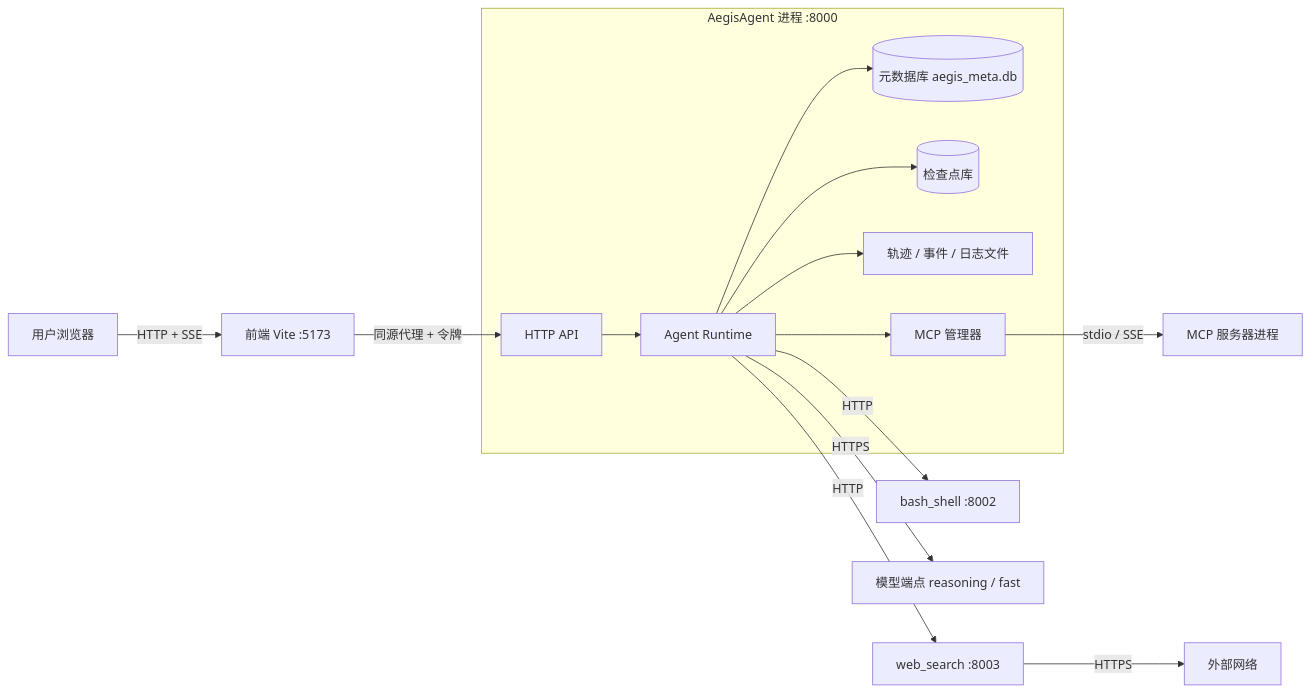
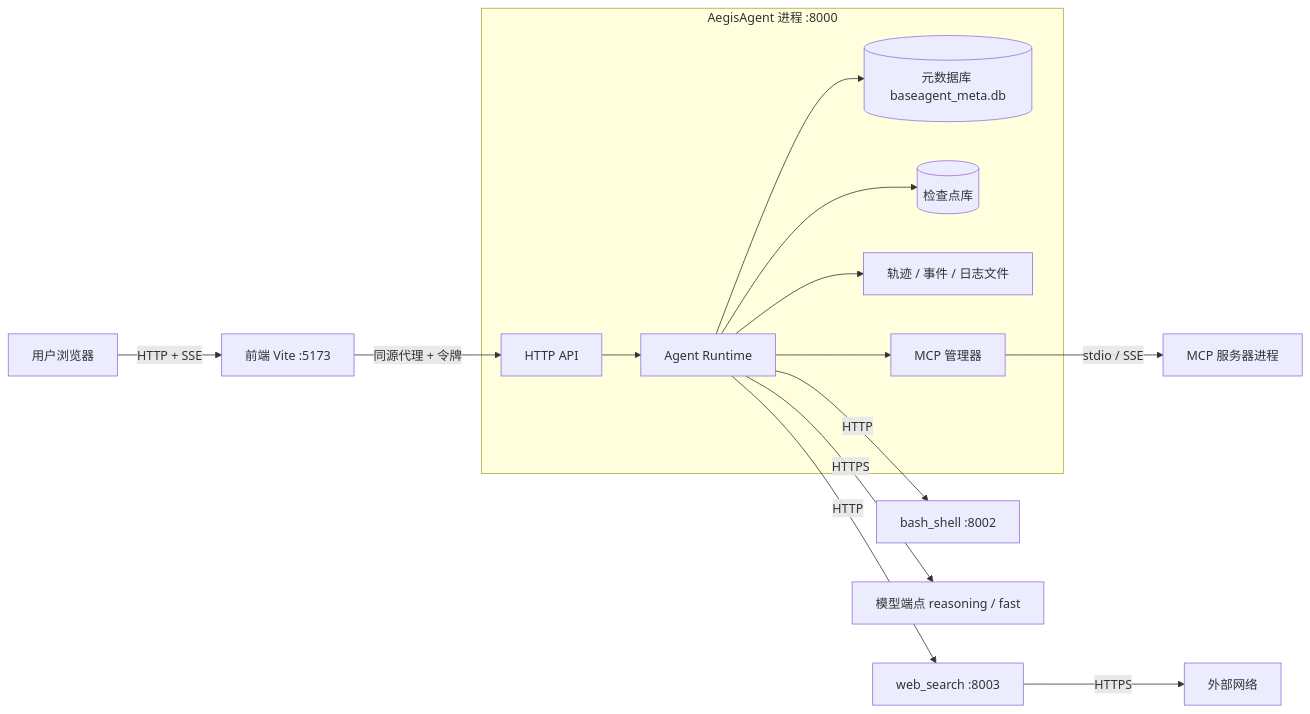
Before and after one commit to MakinoharaShokosans/BaseAgent: the diagram in docs/01_architecture/01_system_overview.md, drawn with Mermaid. The commit also changed other lines of this file and 23 other files, not shown here.

````diff
--- a/docs/01_architecture/01_system_overview.md
+++ b/docs/01_architecture/01_system_overview.md
@@ -9,17 +9,17 @@
 ```mermaid
 flowchart LR
     U[用户浏览器] -->|HTTP + SSE| FE[前端 Vite :5173]
     FE -->|同源代理 + 令牌| API
     subgraph AG[AegisAgent 进程 :8000]
         API[HTTP API] --> RT[Agent Runtime]
-        RT --> MEM[(元数据库 aegis_meta.db)]
+        RT --> MEM[(元数据库 baseagent_meta.db)]
         RT --> CK[(检查点库)]
         RT --> TR[轨迹 / 事件 / 日志文件]
         RT --> MCPM[MCP 管理器]
     end
     RT -->|HTTP| SH[bash_shell :8002]
     RT -->|HTTP| WS[web_search :8003]
     RT -->|HTTPS| LLM[模型端点 reasoning / fast]
     MCPM -->|stdio / SSE| MCPS[MCP 服务器进程]
     WS -->|HTTPS| NET[外部网络]
 ```
````
